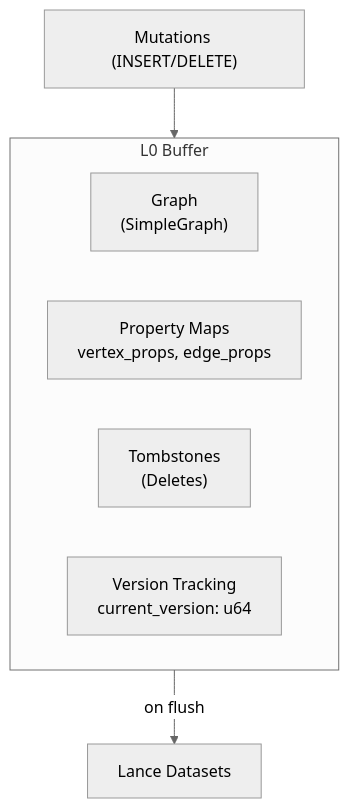
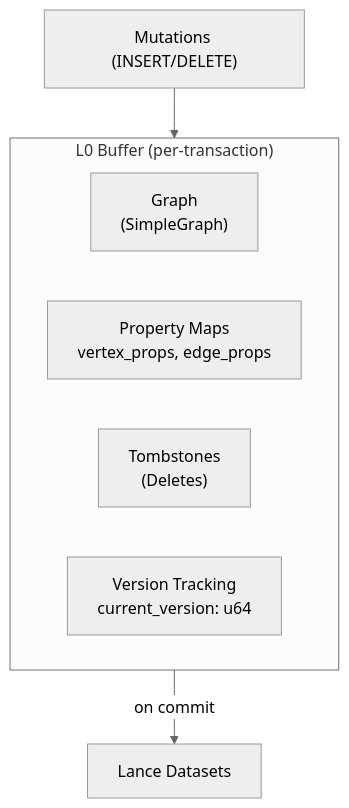
Before and after one commit to milliondreams/uni-db: the fourth of 6 diagrams in website/docs/concepts/architecture.md, drawn with Mermaid (neutral theme). The commit also changed other lines of this file and 44 other files, not shown here.

````diff
--- a/website/docs/concepts/architecture.md
+++ b/website/docs/concepts/architecture.md
@@ -210,16 +229,16 @@
 ```mermaid
 flowchart TB
     M["Mutations (INSERT/DELETE)"]
 
-    subgraph L0["L0 Buffer"]
+    subgraph L0["L0 Buffer (per-transaction)"]
         DG["Graph<br/>(SimpleGraph)"]
         PM["Property Maps<br/>vertex_props, edge_props"]
         TS["Tombstones<br/>(Deletes)"]
         VT["Version Tracking<br/>current_version: u64"]
     end
 
     Lance["Lance Datasets"]
 
     M --> L0
-    L0 -->|on flush| Lance
+    L0 -->|on commit| Lance
 ```
````
